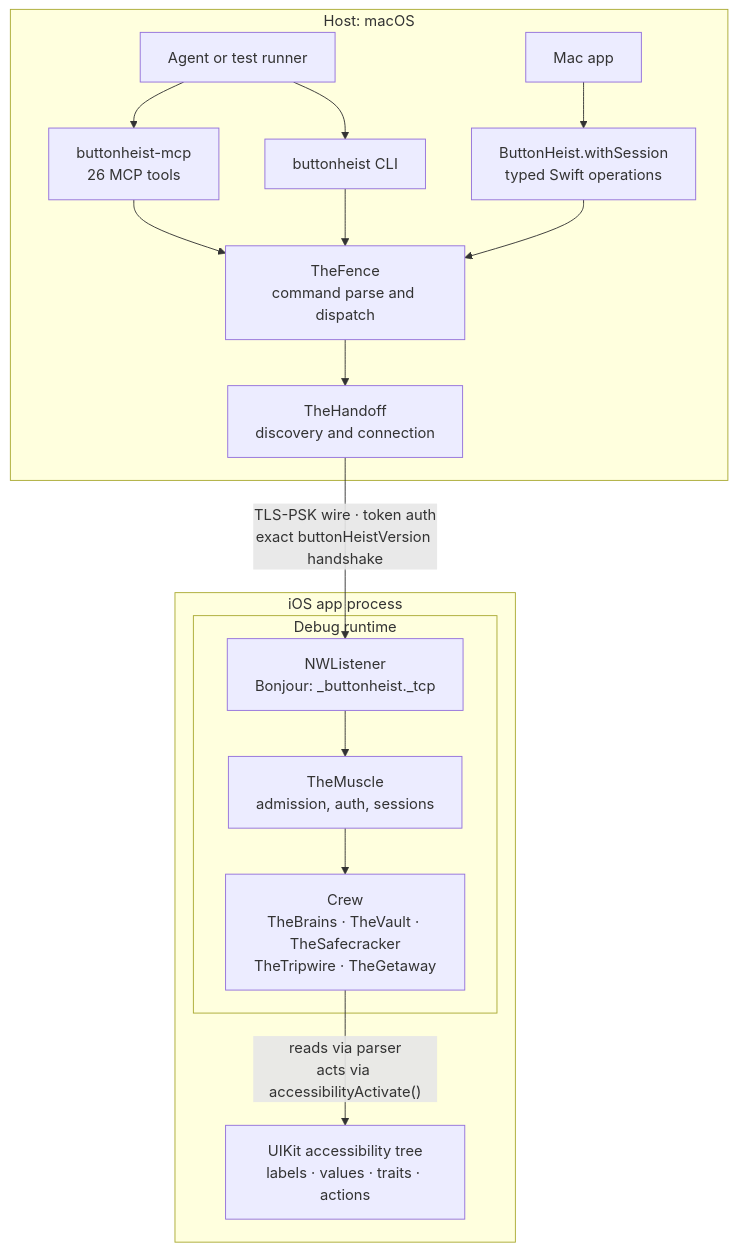
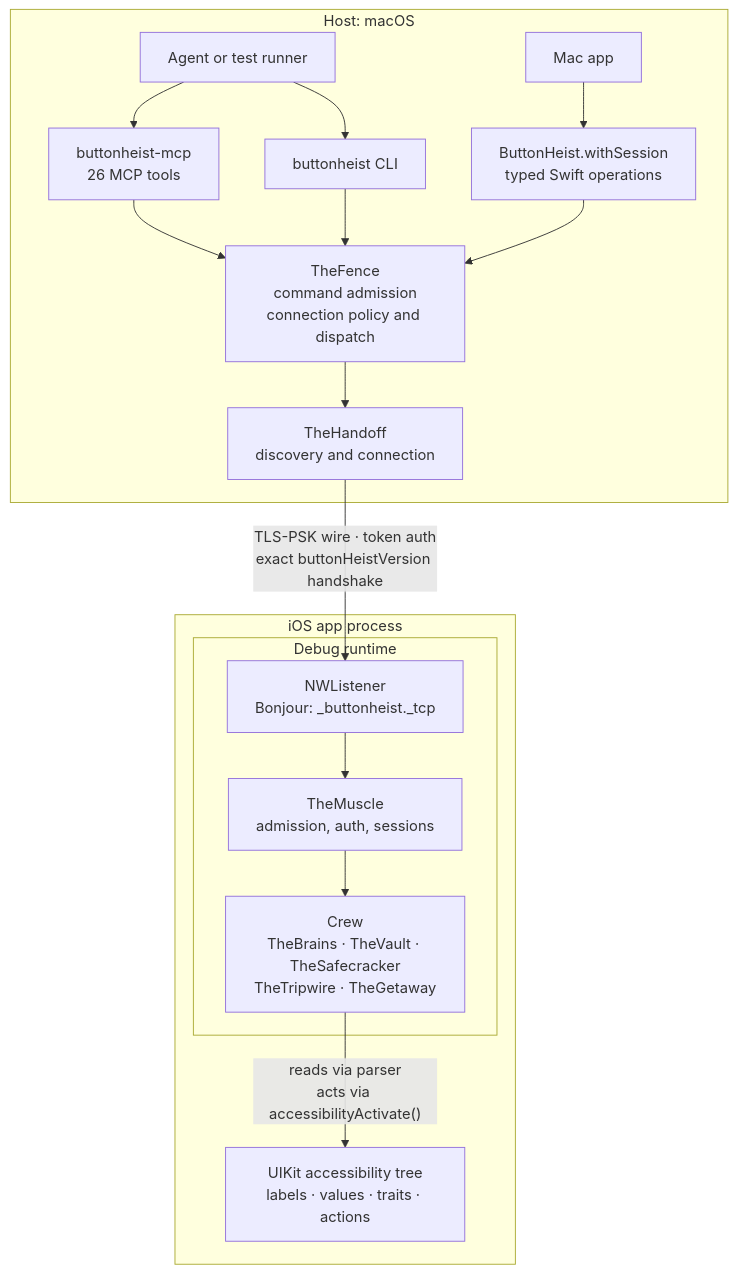
One commit to TheButtonHeist/TheButtonHeist changed the diagram in docs/diagrams/system-topology.md. Above: the diagram before and after it, drawn with Mermaid. The commit also changed other lines of this file and 60 other files, not shown here.

First line of the commit message:
Harden command admission, session expiry, and result evidence (#1488)

````diff
--- a/docs/diagrams/system-topology.md
+++ b/docs/diagrams/system-topology.md
@@ -8,33 +8,33 @@
 ```mermaid
 flowchart TD
     subgraph host["Host: macOS"]
         AGENT["Agent or test runner"]
         MCP["buttonheist-mcp<br/>26 MCP tools"]
         CLI["buttonheist CLI"]
         MAC["Mac app"]
         SWIFT["ButtonHeist.withSession<br/>typed Swift operations"]
-        FENCE["TheFence<br/>command parse and dispatch"]
+        FENCE["TheFence<br/>command admission<br/>connection policy and dispatch"]
         HANDOFF["TheHandoff<br/>discovery and connection"]
         AGENT --> MCP
         AGENT --> CLI
         MCP --> FENCE
         CLI --> FENCE
         MAC --> SWIFT
         SWIFT --> FENCE
         FENCE --> HANDOFF
     end
 
     subgraph app["iOS app process"]
         subgraph debug["Debug runtime"]
             LISTENER["NWListener<br/>Bonjour: _buttonheist._tcp"]
             MUSCLE["TheMuscle<br/>admission, auth, sessions"]
             CREW["Crew<br/>TheBrains · TheVault · TheSafecracker<br/>TheTripwire · TheGetaway"]
             LISTENER --> MUSCLE
             MUSCLE --> CREW
         end
         AX["UIKit accessibility tree<br/>labels · values · traits · actions"]
         CREW -- "reads via parser<br/>acts via accessibilityActivate()" --> AX
     end
 
     HANDOFF -- "TLS-PSK wire · token auth<br/>exact buttonHeistVersion handshake" --> LISTENER
 ```
````
